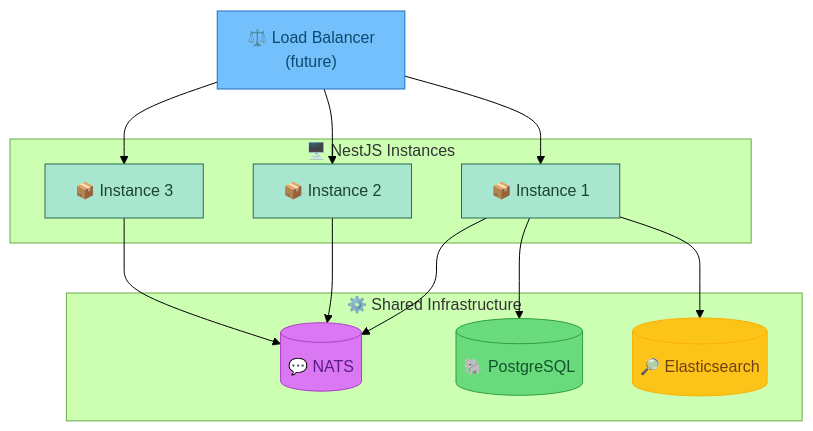
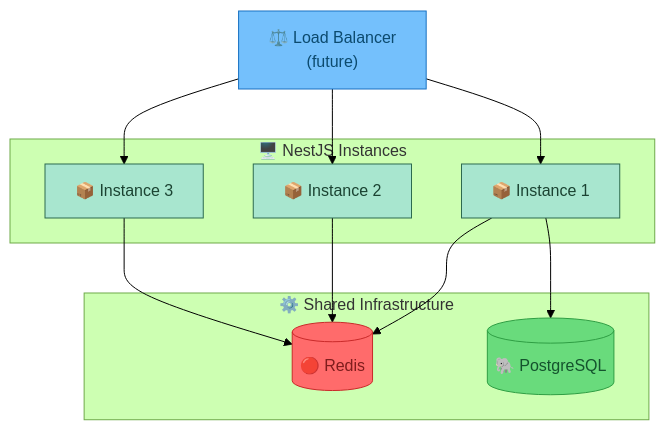
The seventh of 7 diagrams in docs/design.md (mmed199/thmanyah-cms), drawn with Mermaid (forest theme) before and after one commit. The commit also changed other lines of this file and 40 other files, not shown here.

````diff
--- a/docs/design.md
+++ b/docs/design.md
@@ -654,35 +1056,32 @@
 ```mermaid
 flowchart TB
     LB["⚖️ Load Balancer<br>(future)"]
-    
+
     subgraph Instances["🖥️ NestJS Instances"]
         App1["📦 Instance 1"]
         App2["📦 Instance 2"]
         App3["📦 Instance 3"]
     end
-    
+
     subgraph Shared["⚙️ Shared Infrastructure"]
-        NATS[("💬 NATS")]
+        Redis[("🔴 Redis")]
         PG[("🐘 PostgreSQL")]
-        ES[("🔎 Elasticsearch")]
     end
-    
+
     LB --> App1
     LB --> App2
     LB --> App3
-    
-    App1 --> NATS
-    App2 --> NATS
-    App3 --> NATS
-    
+
+    App1 --> Redis
+    App2 --> Redis
+    App3 --> Redis
+
     App1 --> PG
-    App1 --> ES
 
     style LB fill:#74c0fc,stroke:#1971c2,color:#0c4a6e
     style App1 fill:#a8e6cf,stroke:#2d6a4f,color:#1b4332
     style App2 fill:#a8e6cf,stroke:#2d6a4f,color:#1b4332
     style App3 fill:#a8e6cf,stroke:#2d6a4f,color:#1b4332
-    style NATS fill:#da77f2,stroke:#ae3ec9,color:#581c87
+    style Redis fill:#ff6b6b,stroke:#c92a2a,color:#7f1d1d
     style PG fill:#69db7c,stroke:#2f9e44,color:#14532d
-    style ES fill:#fcc419,stroke:#fab005,color:#713f12
 ```
````
